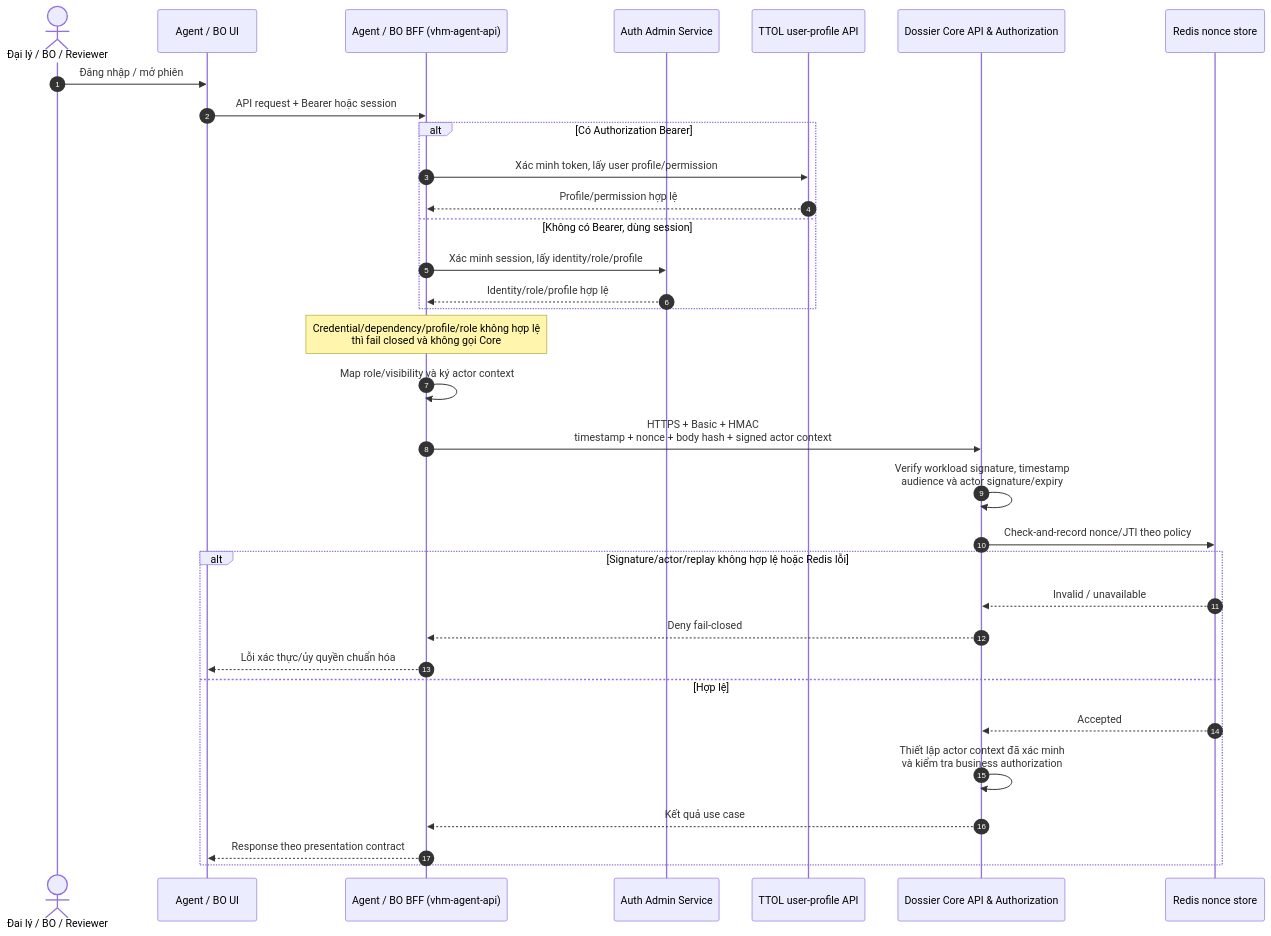
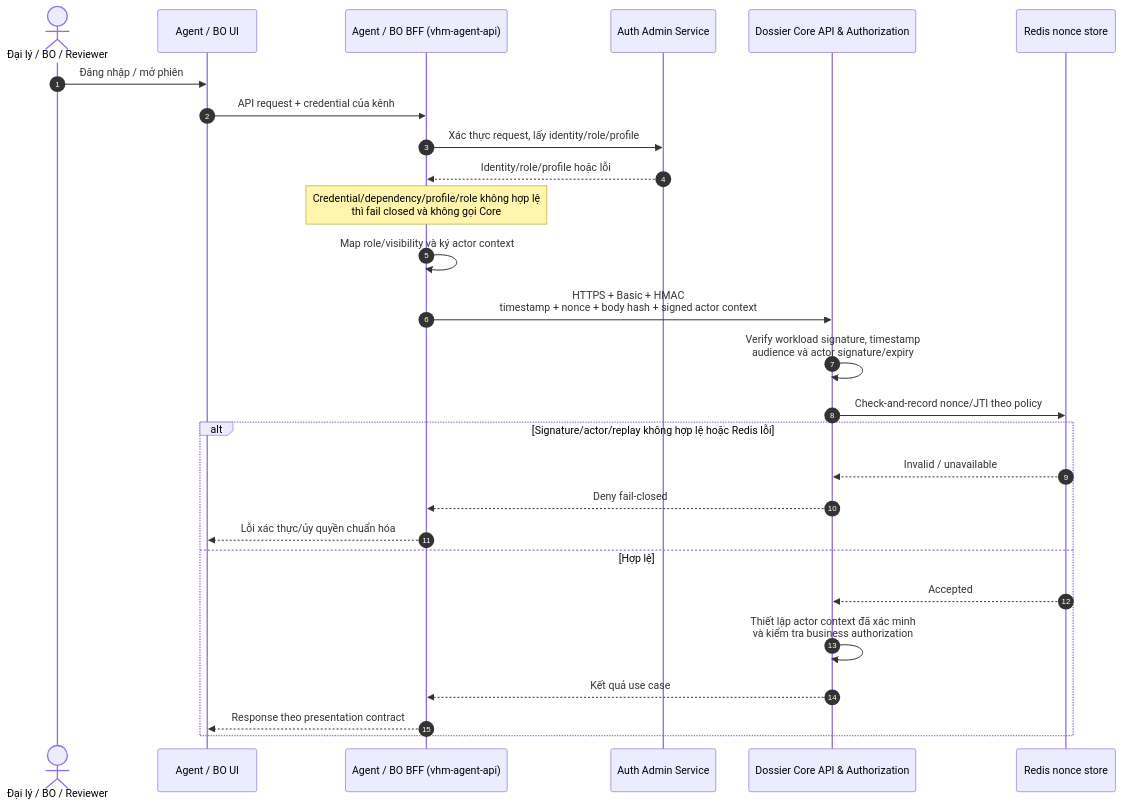
One commit to huynv-xyz/vhm changed the ninth of 17 diagrams in tdd-dossier.md. Above: the diagram before and after it, drawn with Mermaid. The commit also changed other lines of this file, not shown here.

````diff
--- a/tdd-dossier.md
+++ b/tdd-dossier.md
@@ -1288,36 +1286,30 @@
 ```mermaid
 sequenceDiagram
     autonumber
     actor User as Đại lý / BO / Reviewer
     participant AgentUI as Agent / BO UI
     participant AgentBFF as Agent / BO BFF (vhm-agent-api)
     participant AgentAuth as Auth Admin Service
-    participant TTOL as TTOL user-profile API
     participant Core as Dossier Core API & Authorization
     participant Redis as Redis nonce store
 
     User->>AgentUI: Đăng nhập / mở phiên
-    AgentUI->>AgentBFF: API request + Bearer hoặc session
-    alt Có Authorization Bearer
-        AgentBFF->>TTOL: Xác minh token, lấy user profile/permission
-        TTOL-->>AgentBFF: Profile/permission hợp lệ
-    else Không có Bearer, dùng session
-        AgentBFF->>AgentAuth: Xác minh session, lấy identity/role/profile
-        AgentAuth-->>AgentBFF: Identity/role/profile hợp lệ
-    end
+    AgentUI->>AgentBFF: API request + credential của kênh
+    AgentBFF->>AgentAuth: Xác thực request, lấy identity/role/profile
+    AgentAuth-->>AgentBFF: Identity/role/profile hoặc lỗi
     Note over AgentBFF: Credential/dependency/profile/role không hợp lệ<br/>thì fail closed và không gọi Core
     AgentBFF->>AgentBFF: Map role/visibility và ký actor context
     AgentBFF->>Core: HTTPS + Basic + HMAC<br/>timestamp + nonce + body hash + signed actor context
     Core->>Core: Verify workload signature, timestamp<br/>audience và actor signature/expiry
     Core->>Redis: Check-and-record nonce/JTI theo policy
     alt Signature/actor/replay không hợp lệ hoặc Redis lỗi
         Redis-->>Core: Invalid / unavailable
         Core-->>AgentBFF: Deny fail-closed
         AgentBFF-->>AgentUI: Lỗi xác thực/ủy quyền chuẩn hóa
     else Hợp lệ
         Redis-->>Core: Accepted
         Core->>Core: Thiết lập actor context đã xác minh<br/>và kiểm tra business authorization
         Core-->>AgentBFF: Kết quả use case
         AgentBFF-->>AgentUI: Response theo presentation contract
     end
 ```
````
